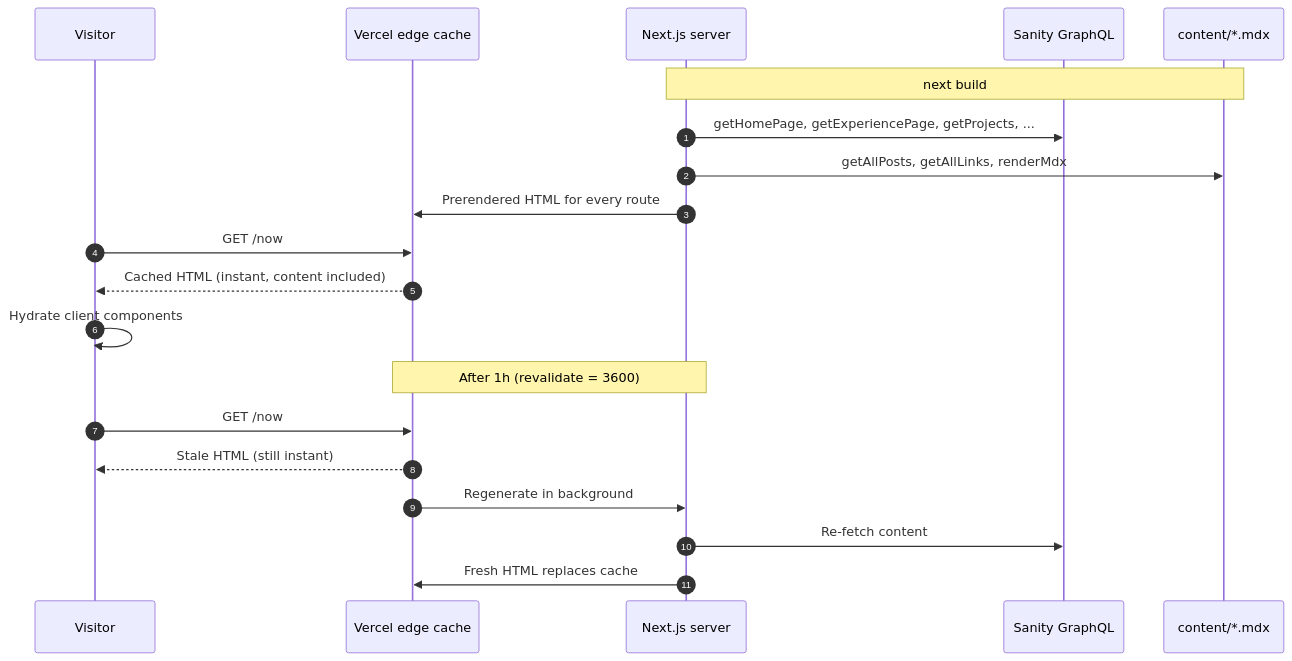
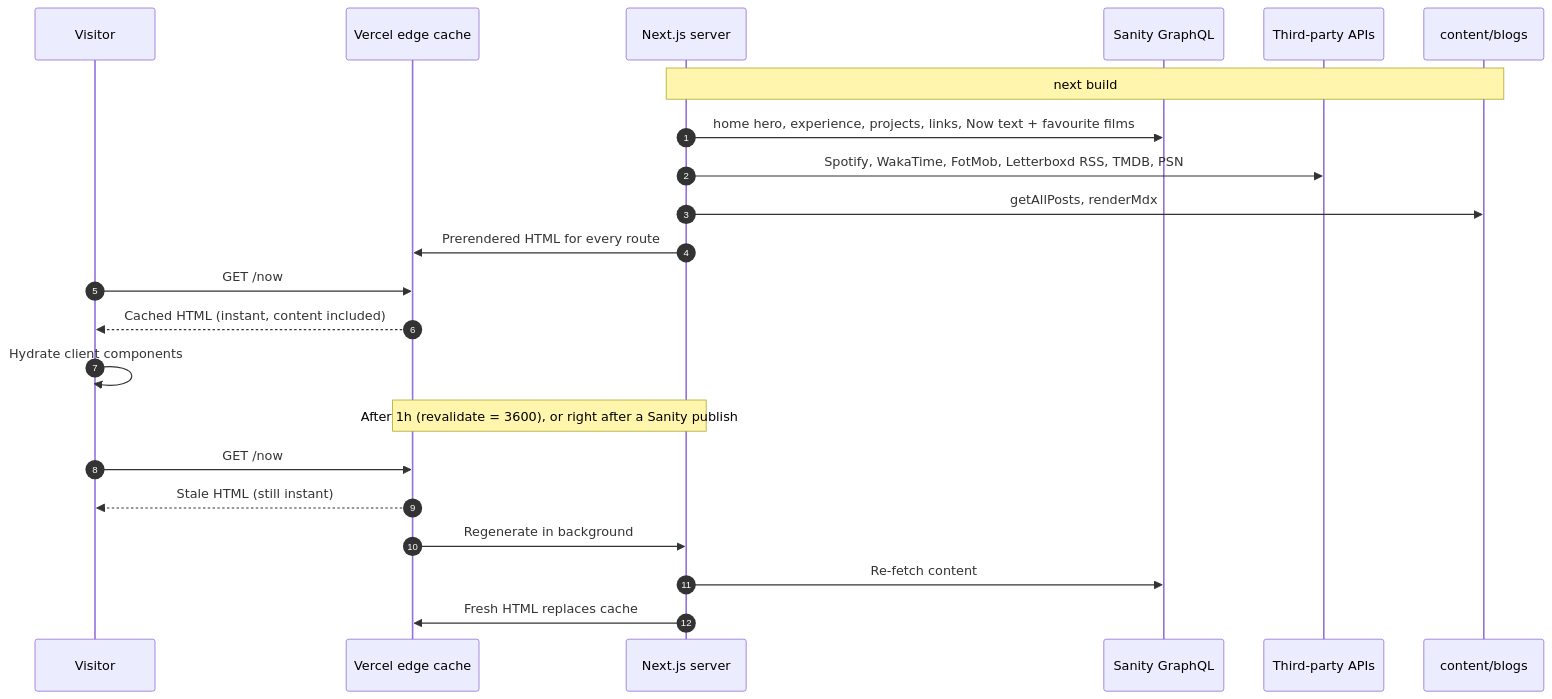
One commit to Pratham82/portfolio-v5 changed the first of 3 diagrams in docs/architecture.md. Above: the diagram before and after it, drawn with Mermaid. The commit also changed other lines of this file and 6 other files, not shown here.

Commit message:
docs: ✏️ bring the architecture and docs up to date

````diff
--- a/docs/architecture.md
+++ b/docs/architecture.md
@@ -7,25 +7,27 @@
 ```mermaid
 sequenceDiagram
     autonumber
     participant U as Visitor
     participant V as Vercel edge cache
     participant N as Next.js server
     participant S as Sanity GraphQL
-    participant F as content/*.mdx
+    participant X as Third-party APIs
+    participant F as content/blogs
 
     Note over N,F: next build
-    N->>S: getHomePage, getExperiencePage, getProjects, ...
-    N->>F: getAllPosts, getAllLinks, renderMdx
+    N->>S: home hero, experience, projects, links, Now text + favourite films
+    N->>X: Spotify, WakaTime, FotMob, Letterboxd RSS, TMDB, PSN
+    N->>F: getAllPosts, renderMdx
     N->>V: Prerendered HTML for every route
 
     U->>V: GET /now
     V-->>U: Cached HTML (instant, content included)
     U->>U: Hydrate client components
 
-    Note over V,N: After 1h (revalidate = 3600)
+    Note over V,N: After 1h (revalidate = 3600), or right after a Sanity publish
     U->>V: GET /now
     V-->>U: Stale HTML (still instant)
     V->>N: Regenerate in background
     N->>S: Re-fetch content
     N->>V: Fresh HTML replaces cache
 ```
````
